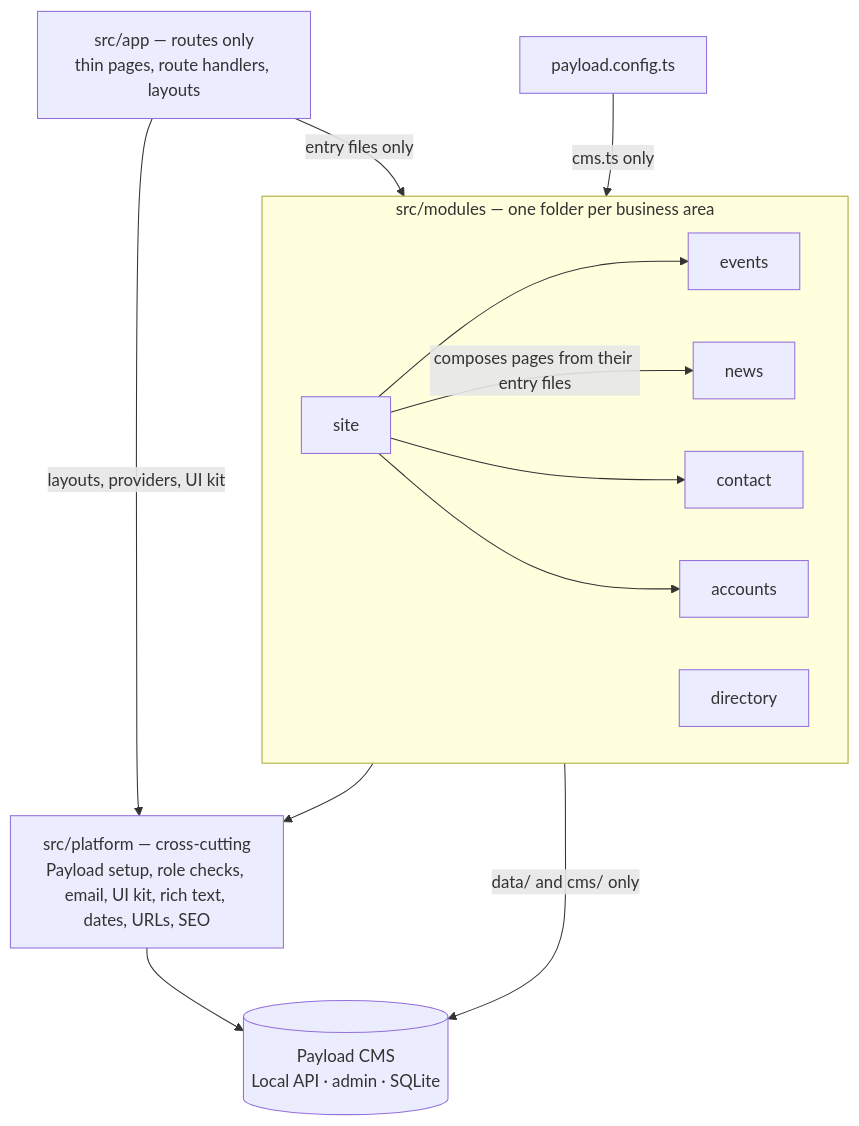
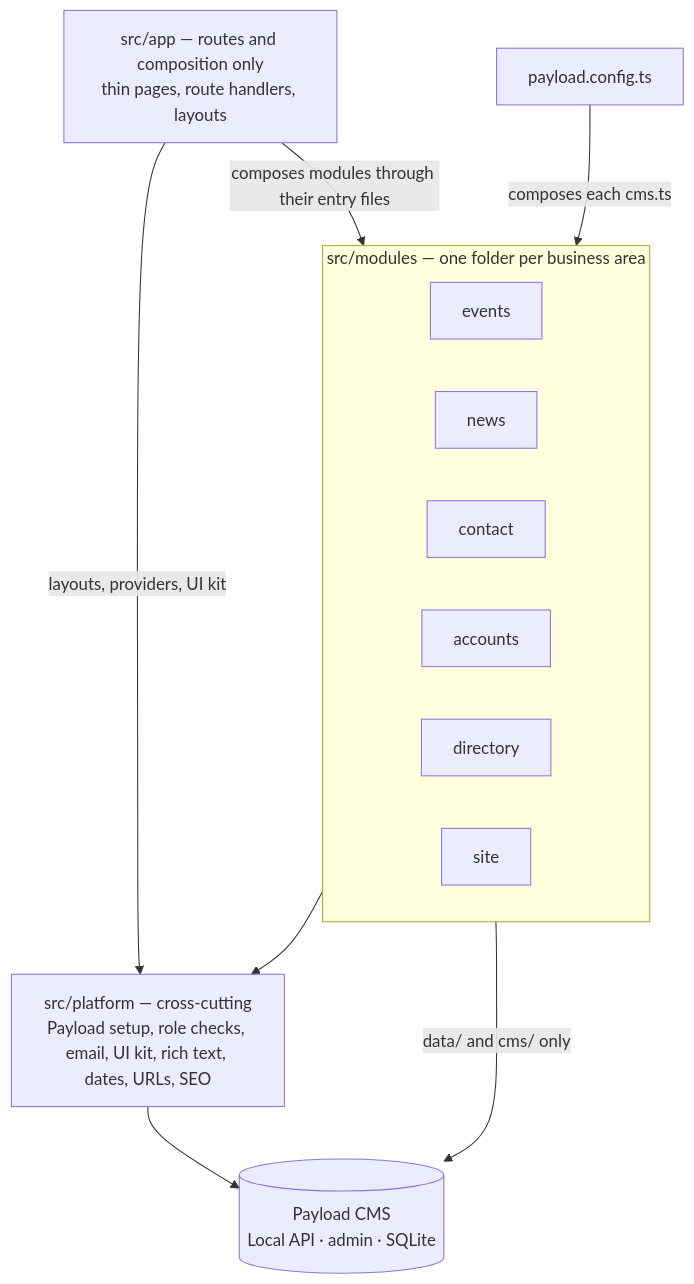
The diagram in docs/architecture/README.md (boulaajaj/sprecher-east-neighborhood-website), drawn with Mermaid before and after one commit. The commit also changed other lines of this file and 11 other files, not shown here.

First line of the commit message:
process: write-code skill; modules don't import each other (0008) (#191)

````diff
--- a/docs/architecture/README.md
+++ b/docs/architecture/README.md
@@ -17,26 +17,22 @@
 ```mermaid
 flowchart TD
-  app["src/app — routes only<br/>thin pages, route handlers, layouts"]
+  app["src/app — routes and composition only<br/>thin pages, route handlers, layouts"]
   config["payload.config.ts"]
   subgraph modules["src/modules — one folder per business area"]
     events[events]
     news[news]
     contact[contact]
     accounts[accounts]
     directory[directory]
     site[site]
   end
   platform["src/platform — cross-cutting<br/>Payload setup, role checks, email, UI kit, rich text, dates, URLs, SEO"]
   payload[("Payload CMS<br/>Local API · admin · SQLite")]
 
-  app -->|"entry files only"| modules
+  app -->|"composes modules through their entry files"| modules
   app -->|"layouts, providers, UI kit"| platform
-  config -->|"cms.ts only"| modules
-  site -->|"composes pages from their entry files"| news
-  site --> events
-  site --> contact
-  site --> accounts
+  config -->|"composes each cms.ts"| modules
   modules --> platform
   modules -->|"data/ and cms/ only"| payload
   platform --> payload
 ```
````
